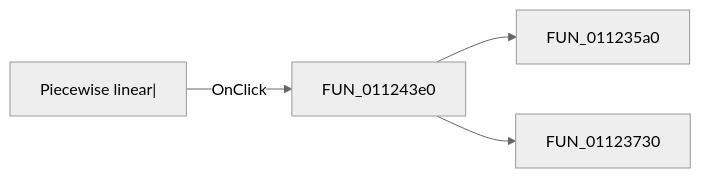
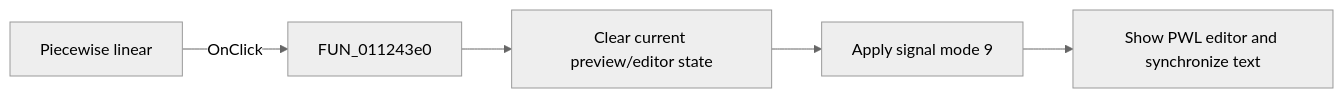
The diagram in docs/ui-controls/signaleditordlg/sbtnpwl-1ad85c40ef.md (MovGP0/TIARA), drawn with Mermaid (neutral theme) before and after one commit. The commit also changed other lines of this file and 1062 other files, not shown here.

````diff
--- a/docs/ui-controls/signaleditordlg/sbtnpwl-1ad85c40ef.md
+++ b/docs/ui-controls/signaleditordlg/sbtnpwl-1ad85c40ef.md
@@ -27,6 +33,7 @@
 ```mermaid
 flowchart LR
-    control["Piecewise linear|"] -->|OnClick| handler["FUN_011243e0"]
-    handler --> call1["FUN_011235a0"]
-    handler --> call2["FUN_01123730"]
+    control["Piecewise linear"] -->|"OnClick"| handler["FUN_011243e0"]
+    handler --> clear["Clear current preview/editor state"]
+    clear --> select["Apply signal mode 9"]
+    select --> sync["Show PWL editor and synchronize text"]
 ```
````
